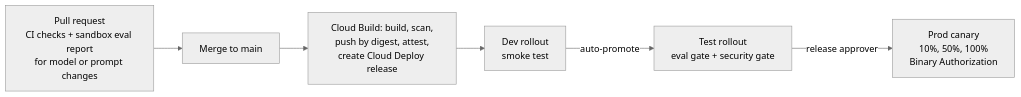
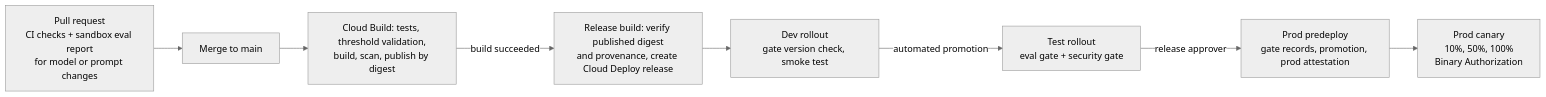
The eighth of 8 diagrams in architecture.md (Josephdara/tenantloom-ai), drawn with Mermaid (neutral theme) before and after one commit. The commit also changed other lines of this file and 13 other files, not shown here.

Commit message:
docs: settle architecture decisions and add ADRs 001-012

````diff
--- a/architecture.md
+++ b/architecture.md
@@ -506,8 +746,10 @@
 ```mermaid
 flowchart LR
     PR["Pull request<br/>CI checks + sandbox eval report<br/>for model or prompt changes"] --> M["Merge to main"]
-    M --> B["Cloud Build: build, scan,<br/>push by digest, attest,<br/>create Cloud Deploy release"]
-    B --> DEV["Dev rollout<br/>smoke test"]
-    DEV -->|auto-promote| TEST["Test rollout<br/>eval gate + security gate"]
-    TEST -->|release approver| PROD["Prod canary<br/>10%, 50%, 100%<br/>Binary Authorization"]
+    M --> B["Cloud Build: tests, threshold validation,<br/>build, scan, publish by digest"]
+    B -->|build succeeded| REL["Release build: verify published digest<br/>and provenance, create Cloud Deploy release"]
+    REL --> DEV["Dev rollout<br/>gate version check, smoke test"]
+    DEV -->|automated promotion| TEST["Test rollout<br/>eval gate + security gate"]
+    TEST -->|release approver| PRO["Prod predeploy<br/>gate records, promotion, prod attestation"]
+    PRO --> PROD["Prod canary<br/>10%, 50%, 100%<br/>Binary Authorization"]
 ```
````
